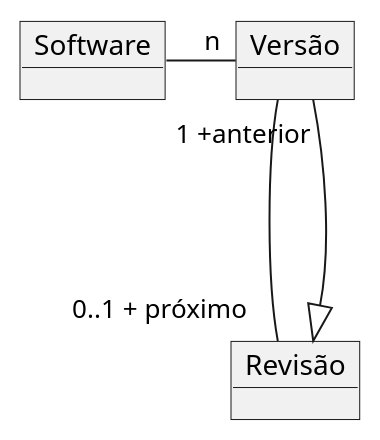
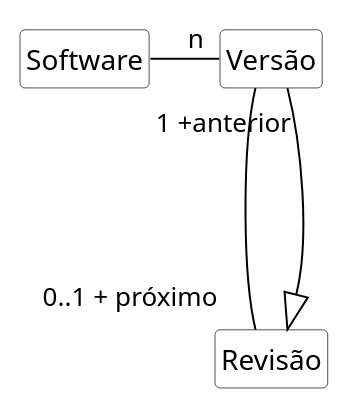
Before and after one commit to kyriosdata/oo: the diagram in imagens/modelos-07/mod07ima08/mod07ima08.plantuml, drawn with PlantUML. The commit also changed 4 other files, not shown here.

```diff
--- a/imagens/modelos-07/mod07ima08/mod07ima08.plantuml
+++ b/imagens/modelos-07/mod07ima08/mod07ima08.plantuml
@@ -1,8 +1,17 @@
 @startuml mod07ima08
-object "Software" as so
-object "Versão" as ve
-object "Revisão" as re
+hide circle
+hide methods
+hide empty members
+
+skinparam class {
+    BackgroundColor White
+    ArrowColor Black
+    BorderColor #505050
+}
+class "Software" as so
+class "Versão" as ve
+class "Revisão" as re
 so -right-"n" ve
 ve "1 +anterior" --- "0..1 + próximo" re
 ve -down-|> re
 @enduml
```
